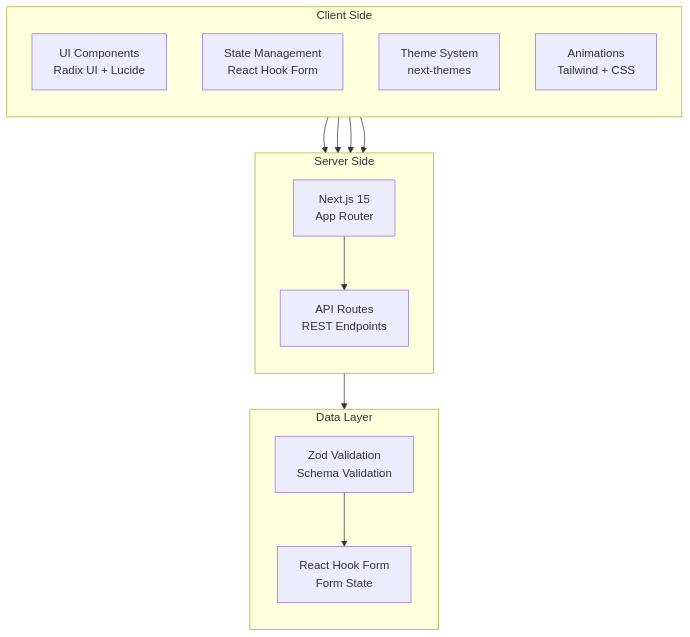
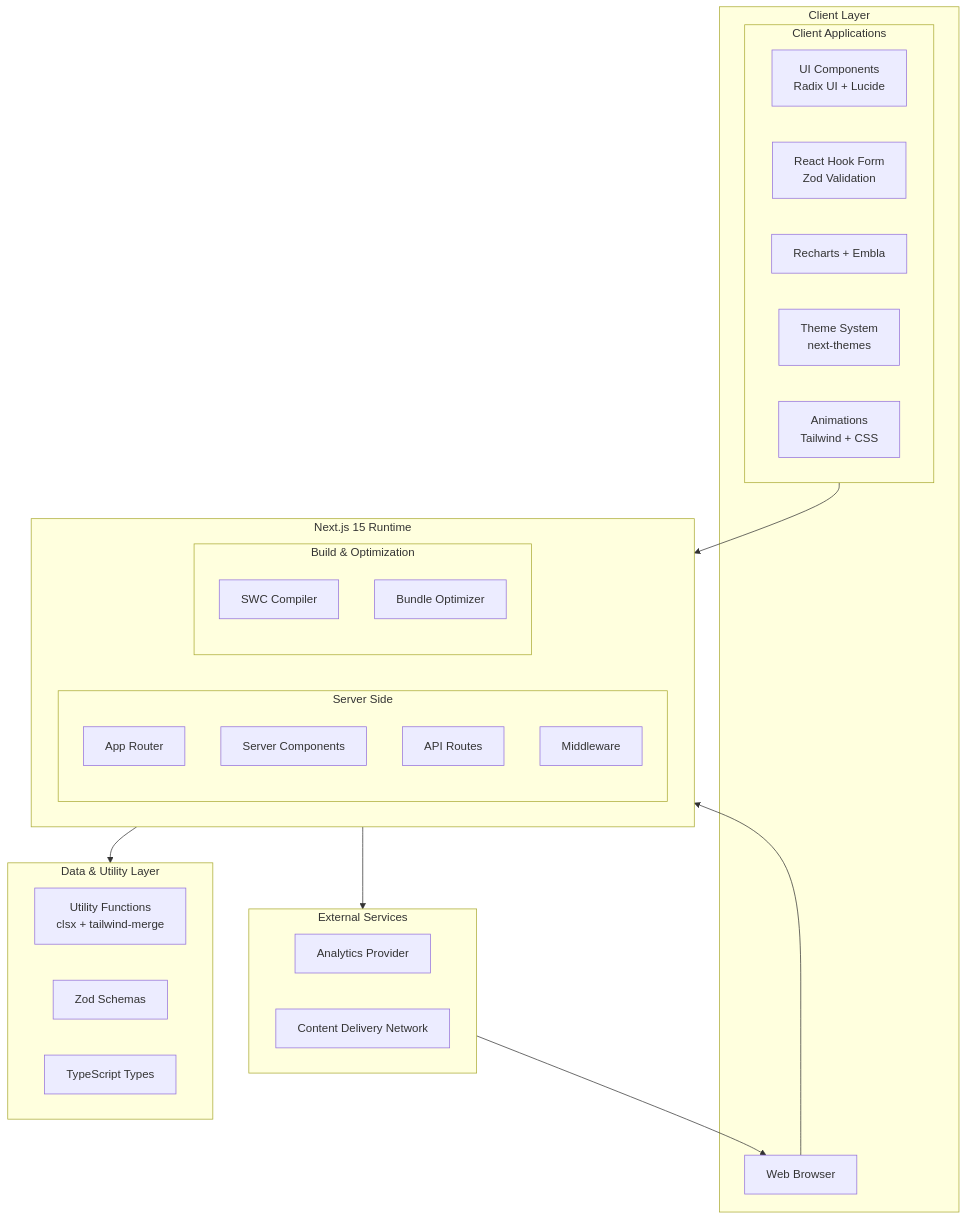
Before and after one commit to girishlade111/minimalist-profile-cards: the first of 4 diagrams in README.md, drawn with Mermaid. The commit also changed other lines of this file, not shown here.

Commit message:
docs: overhaul README with updated tech stack, structured features, and refined architecture diagrams

````diff
--- a/README.md
+++ b/README.md
@@ -96,30 +137,47 @@
 ```mermaid
 flowchart TB
-    subgraph Client["Client Side"]
-        direction TB
-        UI[UI Components<br/>Radix UI + Lucide]
-        State[State Management<br/>React Hook Form]
-        Themes[Theme System<br/>next-themes]
-        Anim[Animations<br/>Tailwind + CSS]
+    subgraph External["External Services"]
+        Analytics[Analytics Provider]
+        CDN[Content Delivery Network]
     end
 
-    subgraph Server["Server Side"]
-        direction TB
-        NextJS[Next.js 15<br/>App Router]
-        API[API Routes<br/>REST Endpoints]
+    subgraph Client["Client Layer"]
+        Browser[Web Browser]
+        
+        subgraph ClientApps["Client Applications"]
+            UI[UI Components<br/>Radix UI + Lucide]
+            Forms[React Hook Form<br/>Zod Validation]
+            Charts[Recharts + Embla]
+            Theme[Theme System<br/>next-themes]
+            Animations[Animations<br/>Tailwind + CSS]
+        end
     end
 
-    subgraph Data["Data Layer"]
-        direction TB
-        Zod[Zod Validation<br/>Schema Validation]
-        Forms[React Hook Form<br/>Form State]
+    subgraph NextJSRuntime["Next.js 15 Runtime"]
+        direction LR
+        
+        subgraph ServerSide["Server Side"]
+            AppRouter[App Router]
+            ServerComponents[Server Components]
+            APIRoutes[API Routes]
+            Middleware[Middleware]
+        end
+        
+        subgraph BuildTime["Build & Optimization"]
+            Compiler[SWC Compiler]
+            Optimizer[Bundle Optimizer]
+        end
     end
 
-    UI --> NextJS
-    State --> NextJS
-    Themes --> NextJS
-    Anim --> NextJS
-    NextJS --> API
-    API --> Zod
-    Zod --> Forms
+    subgraph DataLayer["Data & Utility Layer"]
+        Utils[Utility Functions<br/>clsx + tailwind-merge]
+        Validators[Zod Schemas]
+        Types[TypeScript Types]
+    end
+
+    External --> Browser
+    Browser --> NextJSRuntime
+    ClientApps --> NextJSRuntime
+    NextJSRuntime --> DataLayer
+    NextJSRuntime --> External
 ```
````
